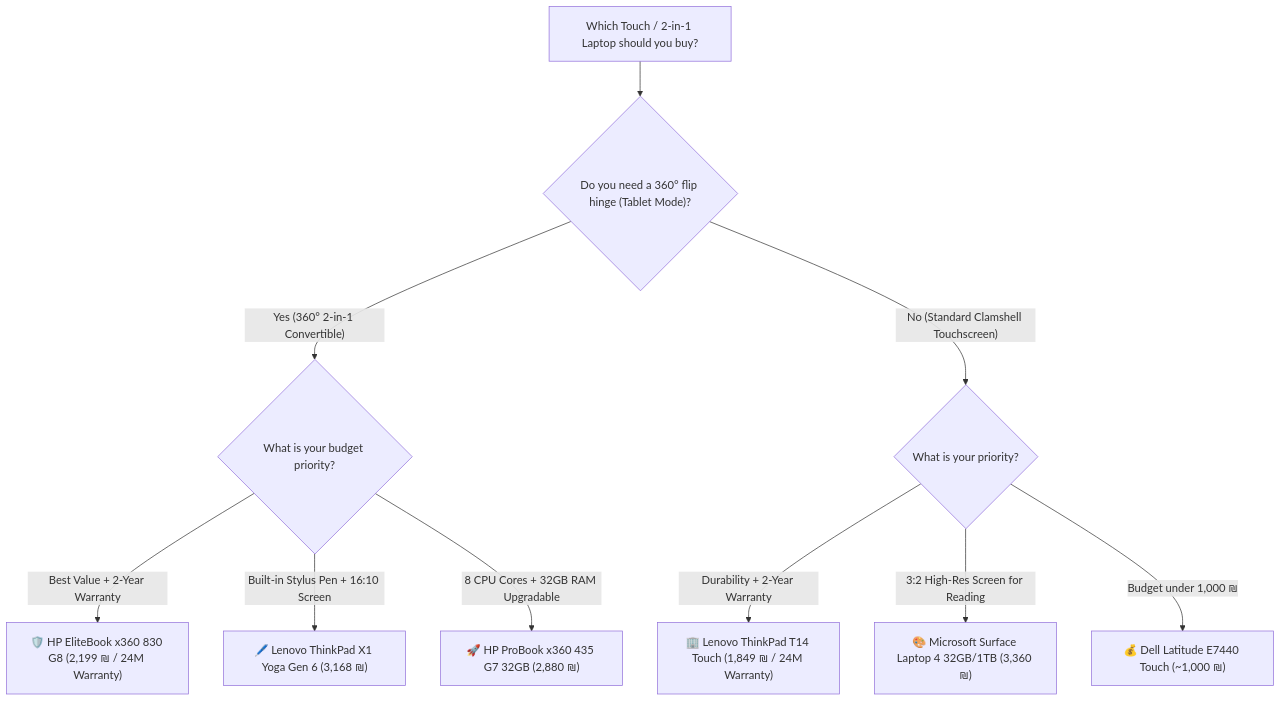
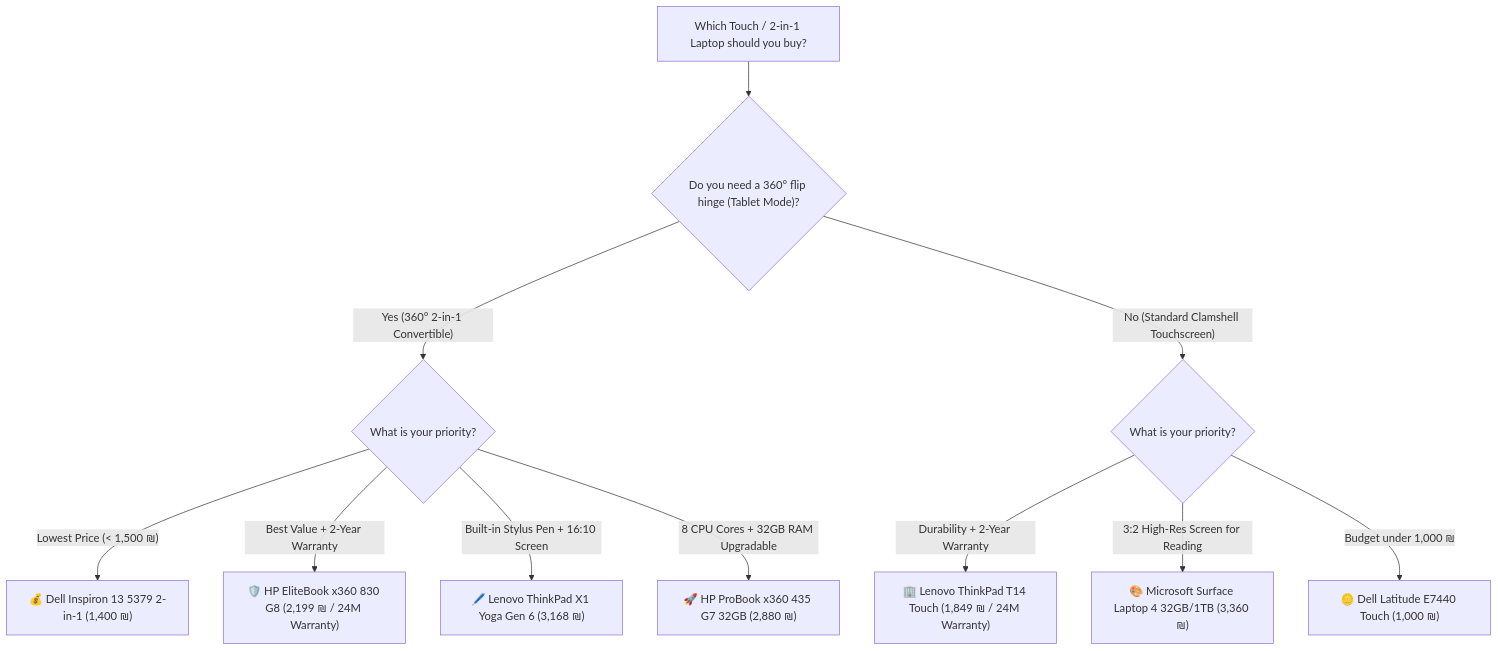
The diagram in 2in1_and_touch_laptops_guide.md (elonuziel/second-hand-pc), drawn with Mermaid before and after one commit. The commit also changed other lines of this file and 6 other files, not shown here.

````diff
--- a/2in1_and_touch_laptops_guide.md
+++ b/2in1_and_touch_laptops_guide.md
@@ -104,15 +103,16 @@
 ```mermaid
 graph TD
     Start["Which Touch / 2-in-1 Laptop should you buy?"] --> Hinge{"Do you need a 360° flip hinge (Tablet Mode)?"}
     
-    Hinge -- "Yes (360° 2-in-1 Convertible)" --> Budget{"What is your budget priority?"}
+    Hinge -- "Yes (360° 2-in-1 Convertible)" --> Budget{"What is your priority?"}
     Hinge -- "No (Standard Clamshell Touchscreen)" --> TouchUse{"What is your priority?"}
     
+    Budget -- "Lowest Price (< 1,500 ₪)" --> B0["💰 Dell Inspiron 13 5379 2-in-1 (1,400 ₪)"]
     Budget -- "Best Value + 2-Year Warranty" --> B1["🛡️ HP EliteBook x360 830 G8 (2,199 ₪ / 24M Warranty)"]
     Budget -- "Built-in Stylus Pen + 16:10 Screen" --> B2["🖊️ Lenovo ThinkPad X1 Yoga Gen 6 (3,168 ₪)"]
     Budget -- "8 CPU Cores + 32GB RAM Upgradable" --> B3["🚀 HP ProBook x360 435 G7 32GB (2,880 ₪)"]
     
     TouchUse -- "Durability + 2-Year Warranty" --> T1["🏢 Lenovo ThinkPad T14 Touch (1,849 ₪ / 24M Warranty)"]
     TouchUse -- "3:2 High-Res Screen for Reading" --> T2["🎨 Microsoft Surface Laptop 4 32GB/1TB (3,360 ₪)"]
-    TouchUse -- "Budget under 1,000 ₪" --> T3["💰 Dell Latitude E7440 Touch (~1,000 ₪)"]
+    TouchUse -- "Budget under 1,000 ₪" --> T3["🪙 Dell Latitude E7440 Touch (1,000 ₪)"]
 ```
````
